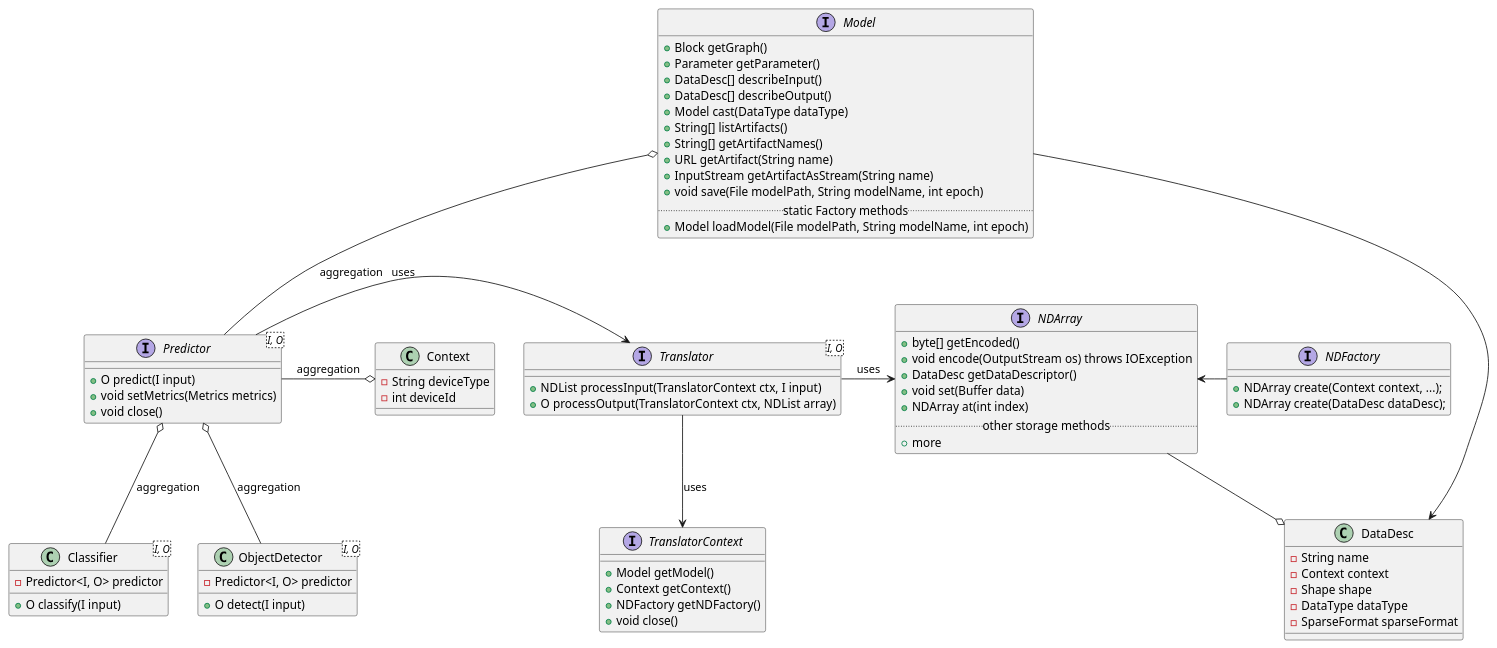
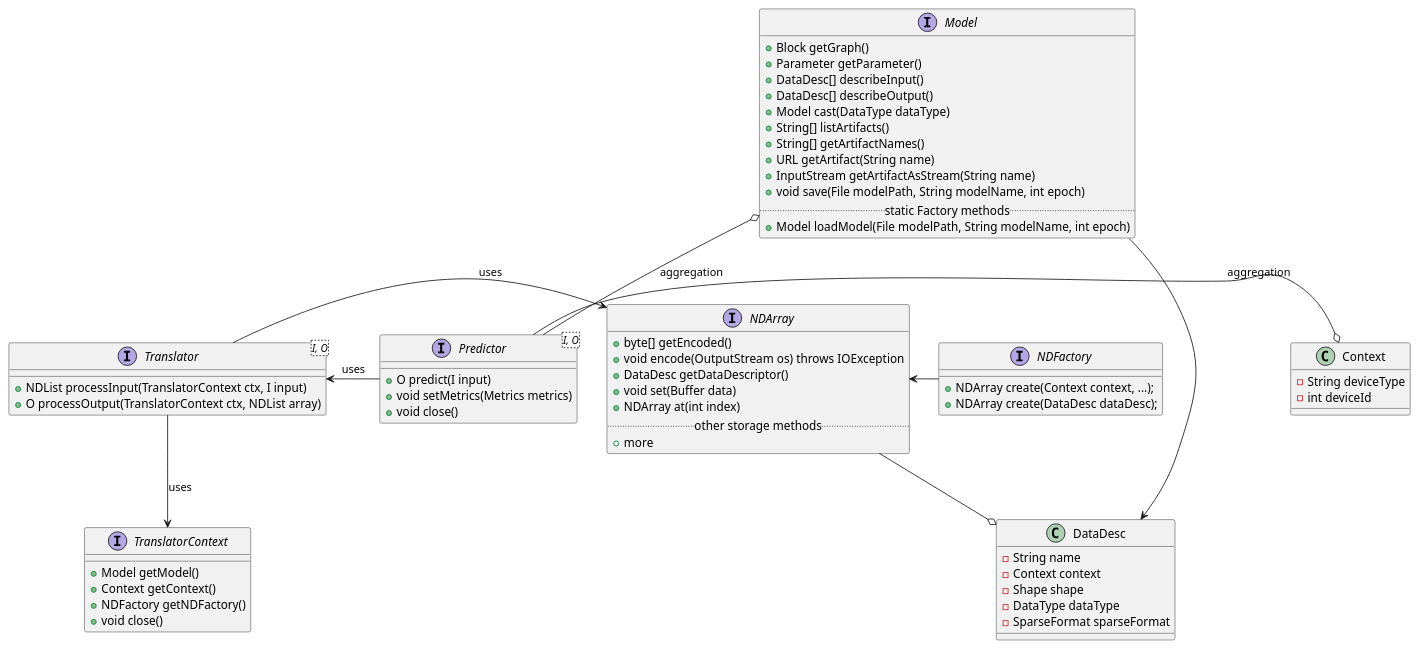
The diagram in api/src/main/uml/Inference.puml (deepjavalibrary/djl), drawn with PlantUML before and after one commit.

Commit message:
Update UML diagram for removal of Classifier and ObjectDetector.

```diff
--- a/api/src/main/uml/Inference.puml
+++ b/api/src/main/uml/Inference.puml
@@ -1,84 +1,72 @@
 @startuml
 class Context {
 	-String deviceType
 	-int deviceId
 }
 
 class DataDesc {
 	-String name
 	-Context context
 	-Shape shape
 	-DataType dataType
 	-SparseFormat sparseFormat
 }
 
 interface Model {
     +Block getGraph()
     +Parameter getParameter()
     +DataDesc[] describeInput()
     +DataDesc[] describeOutput()
     +Model cast(DataType dataType)
     +String[] listArtifacts()
     +String[] getArtifactNames()
     +URL getArtifact(String name)
     +InputStream getArtifactAsStream(String name)
     +void save(File modelPath, String modelName, int epoch)
 	.. static Factory methods ..
     +Model loadModel(File modelPath, String modelName, int epoch)
 }
 
 interface Translator<I, O> {
     +NDList processInput(TranslatorContext ctx, I input)
     +O processOutput(TranslatorContext ctx, NDList array)
 }
 
 interface Predictor<I, O> {
     +O predict(I input)
     +void setMetrics(Metrics metrics)
     +void close()
 }
 
 interface TranslatorContext {
     +Model getModel()
     +Context getContext()
     +NDFactory getNDFactory()
     +void close()
 }
 
-class Classifier<I, O> {
-    -Predictor<I, O> predictor
-    +O classify(I input)
-}
-
-class ObjectDetector<I, O> {
-    -Predictor<I, O> predictor
-    +O detect(I input)
-}
-
 interface NDFactory {
     +NDArray create(Context context, ...);
     +NDArray create(DataDesc dataDesc);
 }
 
 interface NDArray {
     +byte[] getEncoded()
     +void encode(OutputStream os) throws IOException
     +DataDesc getDataDescriptor()
     +void set(Buffer data)
     +NDArray at(int index)
 	.. other storage methods ..
     +more
 }
 
 Model -right-> DataDesc
 Model o-down- Predictor : aggregation
 Predictor -right-o Context : aggregation
 Predictor -right-> Translator : uses
 Translator -right-> NDArray : uses
 Translator --> TranslatorContext : uses
-Predictor o-down- Classifier : aggregation
-Predictor o-down- ObjectDetector : aggregation
 NDFactory -left-> NDArray
 NDArray -down-o DataDesc
 
 @enduml
```
